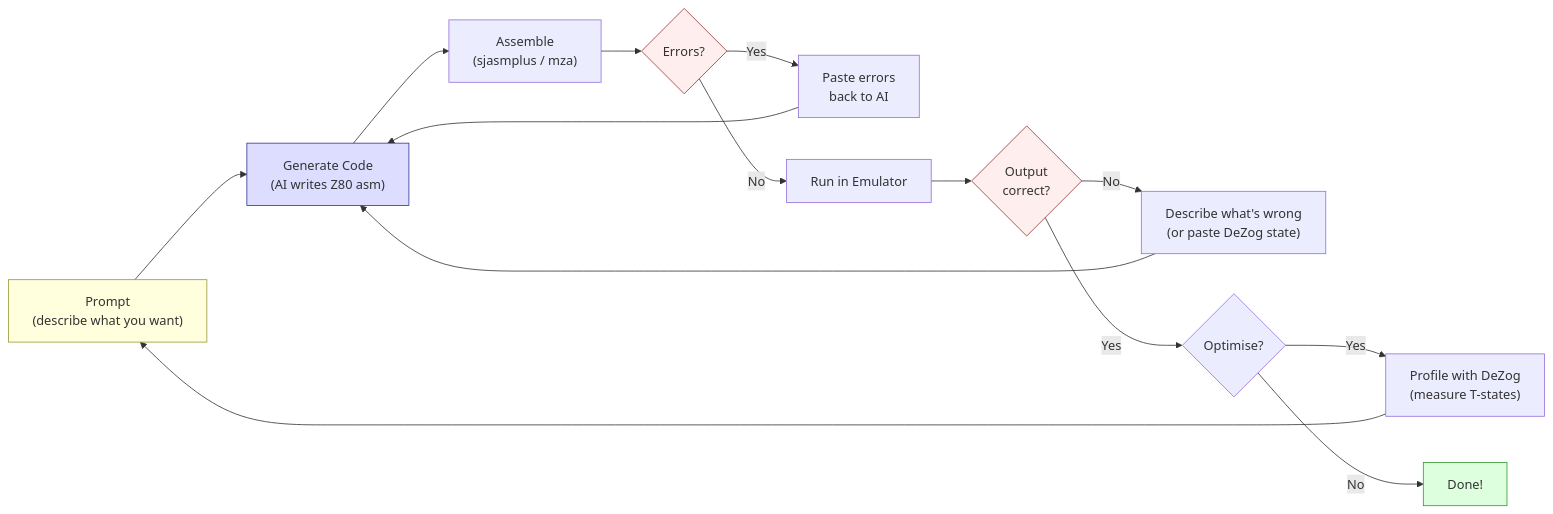
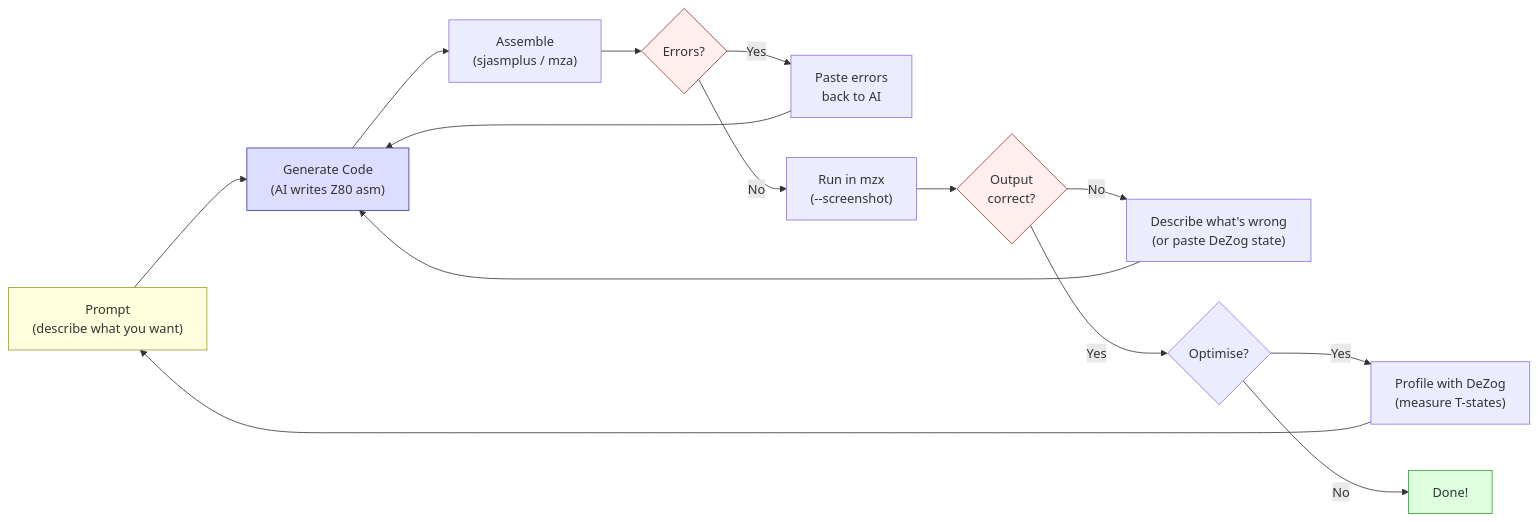
The diagram in chapters/ch23-ai-assisted/draft.md (oisee/antique-toy), drawn with Mermaid before and after one commit. The commit also changed other lines of this file and 4 other files, not shown here.

First line of the commit message:
v13: MinZ toolchain showcase (mzx/mzd), screenshot pipeline fixes

````diff
--- a/chapters/ch23-ai-assisted/draft.md
+++ b/chapters/ch23-ai-assisted/draft.md
@@ -45,22 +45,22 @@
 ```mermaid id:ch23_the_loop_2
 graph LR
     A["Prompt<br>(describe what you want)"] --> B["Generate Code<br>(AI writes Z80 asm)"]
     B --> C["Assemble<br>(sjasmplus / mza)"]
     C --> D{"Errors?"}
     D -- Yes --> E["Paste errors<br>back to AI"]
     E --> B
-    D -- No --> F["Run in Emulator"]
+    D -- No --> F["Run in mzx<br>(--screenshot)"]
     F --> G{"Output<br>correct?"}
     G -- No --> H["Describe what's wrong<br>(or paste DeZog state)"]
     H --> B
     G -- Yes --> I{"Optimise?"}
     I -- Yes --> J["Profile with DeZog<br>(measure T-states)"]
     J --> A
     I -- No --> K["Done!"]
 
     style A fill:#ffd,stroke:#993
     style B fill:#ddf,stroke:#339
     style K fill:#dfd,stroke:#393
     style D fill:#fee,stroke:#933
     style G fill:#fee,stroke:#933
 ```
````
